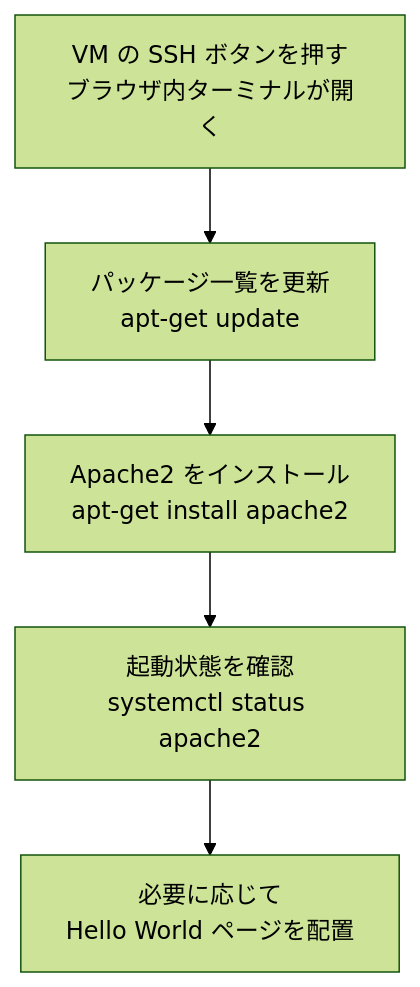
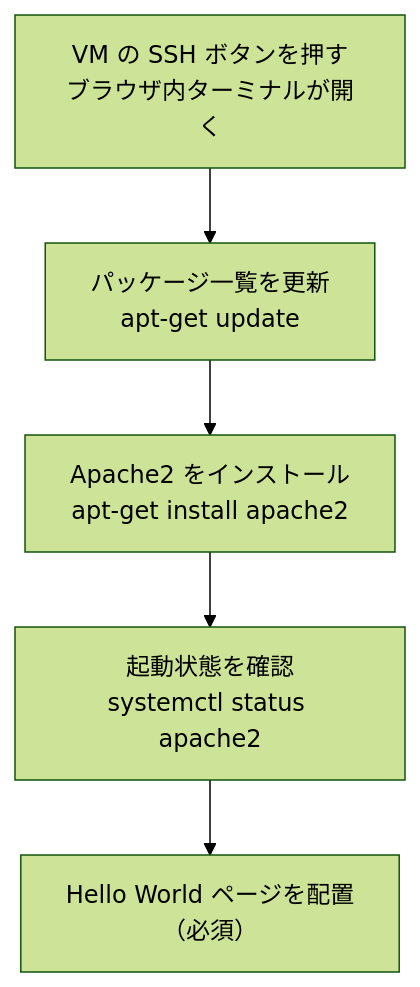
The sixth of 7 diagrams in Gcp-apache-vm-challenge-lab-guide.md (myoshi2891/Cloud-Infrastructure-and-Network-Studies), drawn with Mermaid (forest theme) before and after one commit. The commit also changed other lines of this file and 1 other file, not shown here.

Commit message:
docs(gcp): clarify Hello World placement requirement and parameterize project ID in cleanup

````diff
--- a/Gcp-apache-vm-challenge-lab-guide.md
+++ b/Gcp-apache-vm-challenge-lab-guide.md
@@ -295,7 +301,7 @@
 ```mermaid
 flowchart TD
     A["VM の SSH ボタンを押す<br/>ブラウザ内ターミナルが開く"] --> B["パッケージ一覧を更新<br/>apt-get update"]
     B --> C["Apache2 をインストール<br/>apt-get install apache2"]
     C --> D["起動状態を確認<br/>systemctl status apache2"]
-    D --> E["必要に応じて<br/>Hello World ページを配置"]
+    D --> E["Hello World ページを配置<br/>（必須）"]
 ```
````
